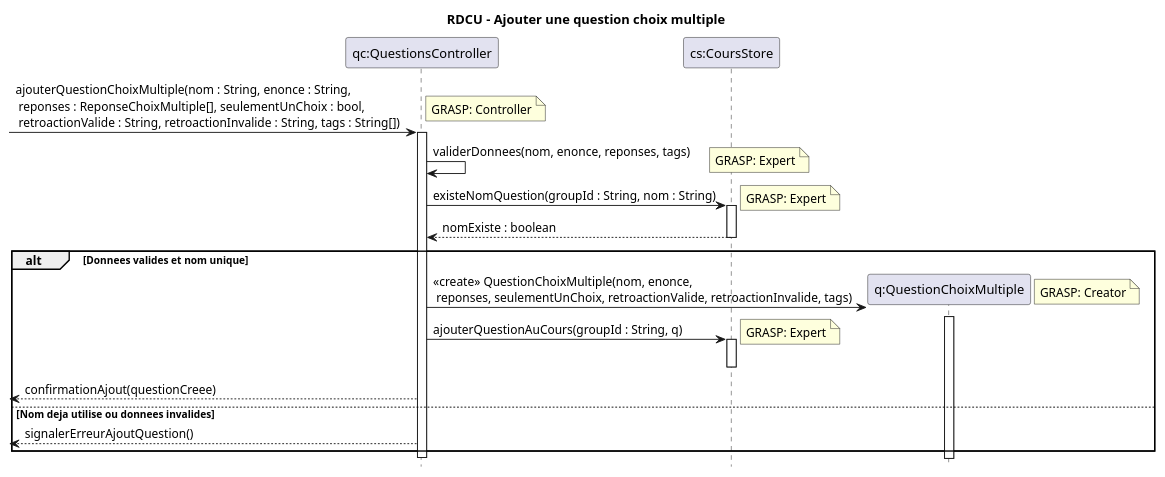
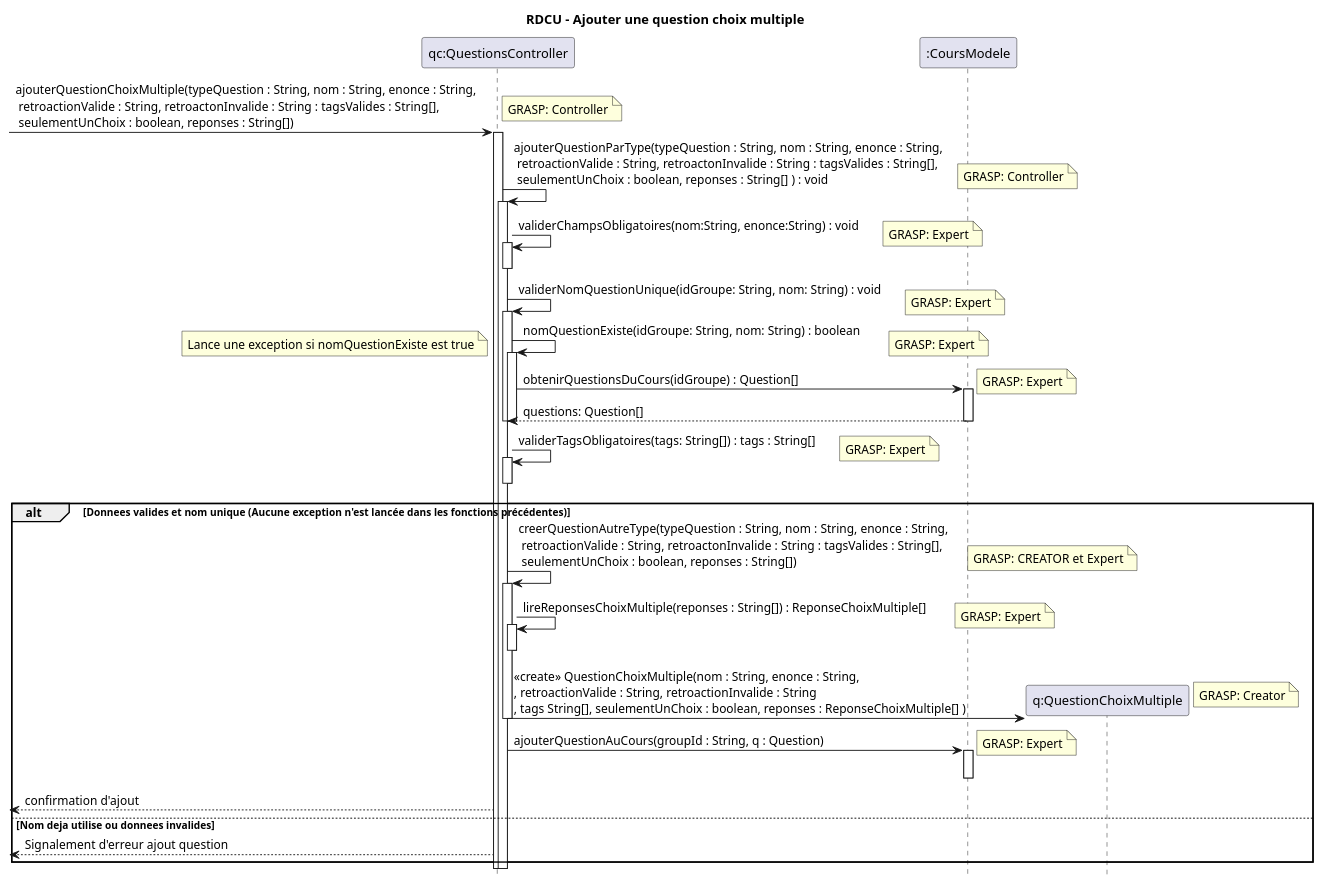
One commit to xMrYahya/moodle-clone changed the diagram in docs/modeles/cu02/rdcu-ajouter-question-choix-multiple.puml. Above: the diagram before and after it, drawn with PlantUML. The commit also changed 26 other files, not shown here.

Commit message:
Fix des diagrams ajout et modifier

```diff
--- a/docs/modeles/cu02/rdcu-ajouter-question-choix-multiple.puml
+++ b/docs/modeles/cu02/rdcu-ajouter-question-choix-multiple.puml
@@ -1,40 +1,65 @@
 @startuml
 hide footbox
 title RDCU - Ajouter une question choix multiple
 
 participant "qc:QuestionsController" as QC
-participant "cs:CoursStore" as CS
+participant ":CoursModele" as CM
 participant "q:QuestionChoixMultiple" as Q
 
--> QC : ajouterQuestionChoixMultiple(nom : String, enonce : String,\n reponses : ReponseChoixMultiple[], seulementUnChoix : bool,\n retroactionValide : String, retroactionInvalide : String, tags : String[])
+-> QC : ajouterQuestionChoixMultiple(typeQuestion : String, nom : String, enonce : String,\n retroactionValide : String, retroactonInvalide : String : tagsValides : String[],\n seulementUnChoix : boolean, reponses : String[])
 note right: GRASP: Controller
 activate QC
+QC -> QC ++: ajouterQuestionParType(typeQuestion : String, nom : String, enonce : String,\n retroactionValide : String, retroactonInvalide : String : tagsValides : String[],\n seulementUnChoix : boolean, reponses : String[] ) : void
+note right: GRASP: Controller
 
-QC -> QC : validerDonnees(nom, enonce, reponses, tags)
+
+QC -> QC ++: validerChampsObligatoires(nom:String, enonce:String) : void
 note right: GRASP: Expert
 
-QC -> CS : existeNomQuestion(groupId : String, nom : String)
+deactivate QC
+
+QC -> QC ++: validerNomQuestionUnique(idGroupe: String, nom: String) : void
 note right: GRASP: Expert
-activate CS
-CS --> QC : nomExiste : boolean
-deactivate CS
 
-alt Donnees valides et nom unique
-  create Q
-  QC -> Q : <<create>> QuestionChoixMultiple(nom, enonce,\n reponses, seulementUnChoix, retroactionValide, retroactionInvalide, tags)
+QC -> QC ++: nomQuestionExiste(idGroupe: String, nom: String) : boolean
+note left: Lance une exception si nomQuestionExiste est true
+note right: GRASP: Expert
+
+
+QC -> CM ++: obtenirQuestionsDuCours(idGroupe) : Question[]
+note right: GRASP: Expert
+CM --> QC --: questions: Question[]
+deactivate QC
+deactivate QC
+
+QC -> QC ++: validerTagsObligatoires(tags: String[]) : tags : String[]
+note right: GRASP: Expert
+deactivate QC
+
+alt Donnees valides et nom unique (Aucune exception n'est lancée dans les fonctions précédentes)
+  QC -> QC ++: creerQuestionAutreType(typeQuestion : String, nom : String, enonce : String,\n retroactionValide : String, retroactonInvalide : String : tagsValides : String[],\n seulementUnChoix : boolean, reponses : String[])
+  note right: GRASP: CREATOR et Expert
+  
+  QC -> QC ++: lireReponsesChoixMultiple(reponses : String[]) : ReponseChoixMultiple[]
+  note right: GRASP: Expert
+  deactivate QC
+
+
+  QC -> Q **: <<create>> QuestionChoixMultiple(nom : String, enonce : String,\n, retroactionValide : String, retroactionInvalide : String \n, tags String[], seulementUnChoix : boolean, reponses : ReponseChoixMultiple[] )
   note right: GRASP: Creator
-  activate Q
-  deactivate Q
 
-  QC -> CS : ajouterQuestionAuCours(groupId : String, q)
+  deactivate QC
+  QC -> CM : ajouterQuestionAuCours(groupId : String, q : Question)
   note right: GRASP: Expert
-  activate CS
-  deactivate CS
+  activate CM
+  deactivate CM
 
-  <-- QC : confirmationAjout(questionCreee)
+    <-- QC : confirmation d'ajout
 else Nom deja utilise ou donnees invalides
-  <-- QC : signalerErreurAjoutQuestion()
+    <-- QC : Signalement d'erreur ajout question
+
 end
+deactivate QC
+deactivate QC
 
-deactivate QC
 @enduml
```
